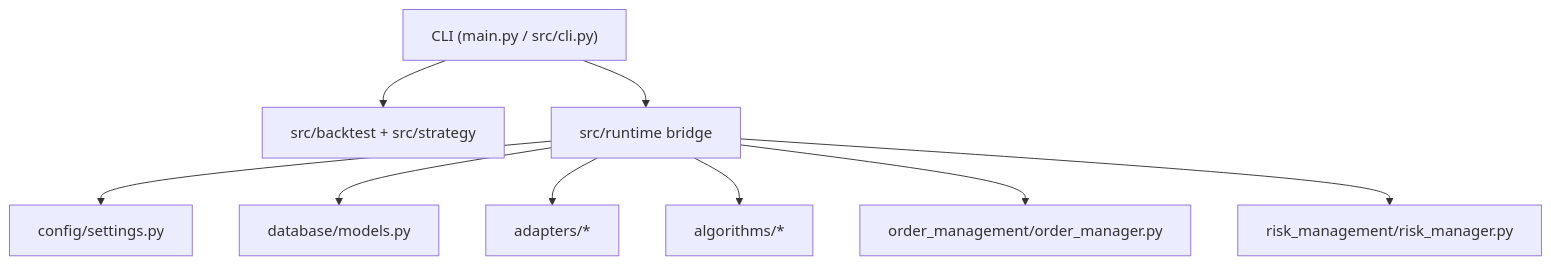
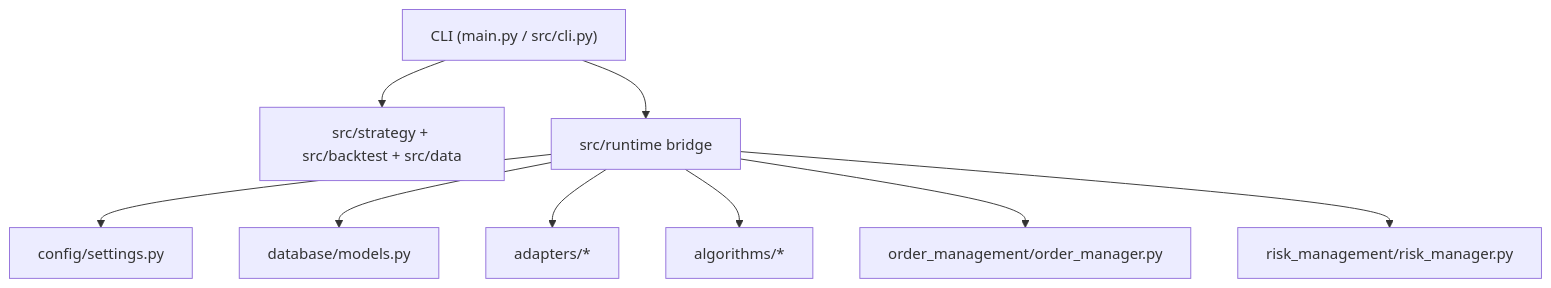
One commit to realknguyen/algo-trading changed the first of 3 diagrams in docs/ARCHITECTURE.md. Above: the diagram before and after it, drawn with Mermaid. The commit also changed other lines of this file and 11 other files, not shown here.

First line of the commit message:
docs: refresh repository guidance and architecture docs (#4)

````diff
--- a/docs/ARCHITECTURE.md
+++ b/docs/ARCHITECTURE.md
@@ -51,11 +89,11 @@
 ```mermaid
 graph TD
-    A["CLI (main.py / src/cli.py)"] --> B["src/backtest + src/strategy"]
+    A["CLI (main.py / src/cli.py)"] --> B["src/strategy + src/backtest + src/data"]
     A --> C["src/runtime bridge"]
     C --> D["config/settings.py"]
     C --> E["database/models.py"]
     C --> F["adapters/*"]
     C --> G["algorithms/*"]
     C --> H["order_management/order_manager.py"]
     C --> I["risk_management/risk_manager.py"]
 ```
````
